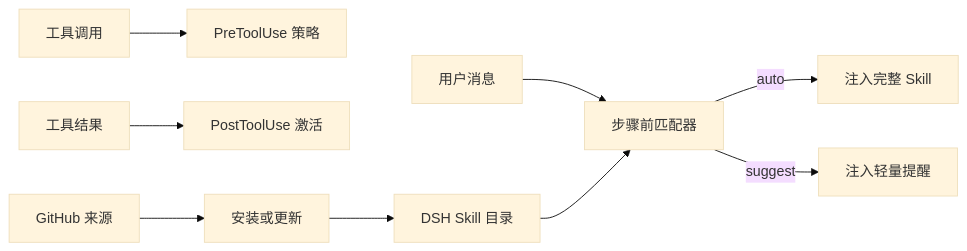
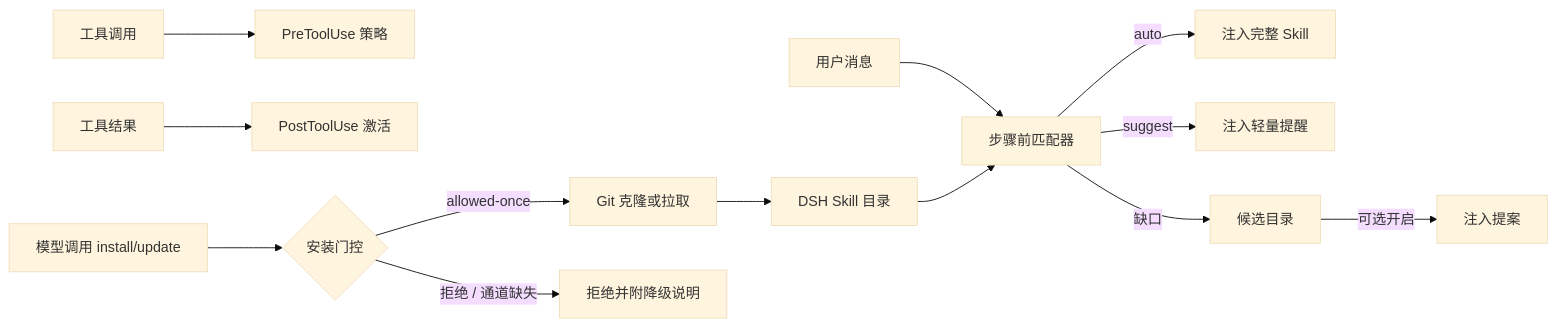
The diagram in README.zh-CN.md (Existence001100/dsh-skills-manager), drawn with Mermaid (base theme) before and after one commit. The commit also changed other lines of this file, not shown here.

````diff
--- a/README.zh-CN.md
+++ b/README.zh-CN.md
@@ -77,11 +79,15 @@
 ```mermaid
 flowchart LR
     U[用户消息] --> M[步骤前匹配器]
     M -->|auto| A[注入完整 Skill]
     M -->|suggest| S[注入轻量提醒]
+    M -->|缺口| P2[候选目录]
+    P2 -->|可选开启| PR[注入提案]
     T[工具调用] --> P[PreToolUse 策略]
     R[工具结果] --> O[PostToolUse 激活]
-    G[GitHub 来源] --> Y[安装或更新]
+    I[模型调用 install/update] --> G{安装门控}
+    G -->|allowed-once| Y[Git 克隆或拉取]
+    G -->|拒绝 / 通道缺失| D[拒绝并附降级说明]
     Y --> C[DSH Skill 目录]
     C --> M
 ```
````
